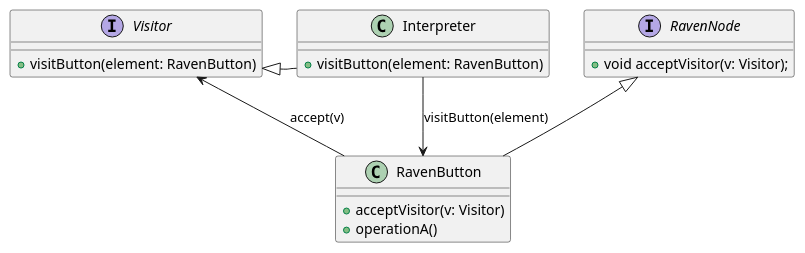
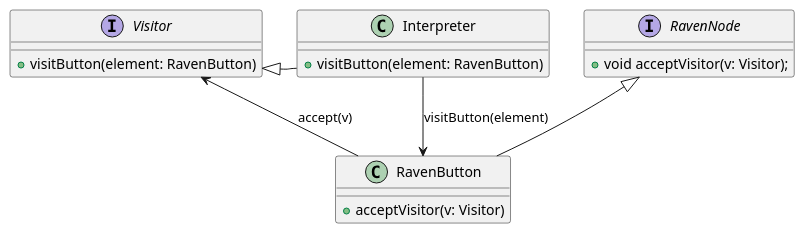
The diagram in raven-docs/diagrams/nodevisitor.puml (liza-kl/raven-project), drawn with PlantUML before and after one commit. The commit also changed 26 other files, not shown here.

```diff
--- a/raven-docs/diagrams/nodevisitor.puml
+++ b/raven-docs/diagrams/nodevisitor.puml
@@ -1,30 +1,29 @@
 @startuml
 interface RavenNode {
     +  void acceptVisitor(v: Visitor);
 
 }
 
 class RavenButton {
     + acceptVisitor(v: Visitor)
-    + operationA()
 }
 
 interface Visitor {
     + visitButton(element: RavenButton)
 }
 
 class Interpreter {
     + visitButton(element: RavenButton)
 }
 
 
 RavenNode <|-- RavenButton
 
 Visitor <|-- Interpreter
 
 RavenButton --> Visitor : accept(v)
 Interpreter --> RavenButton : visitButton(element)
 
 Visitor <-r[hidden]-- Interpreter
 
 @enduml
```
